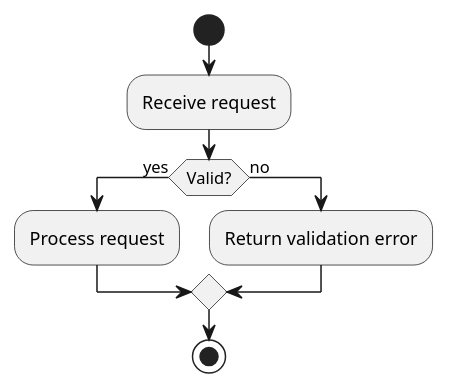
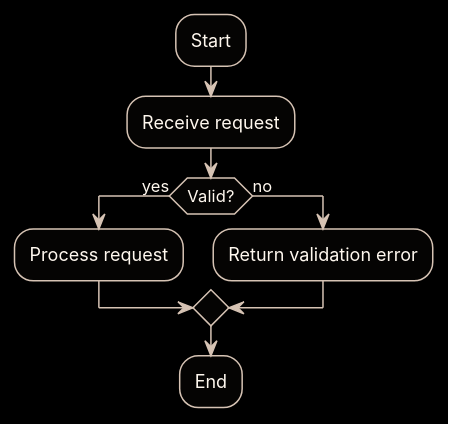
One commit to Omegapy/plantuml-ai-skill changed the third of 8 diagrams in .agents/skills/plantuml-diagram/references/examples.md. Above: the diagram before and after it, drawn with PlantUML. The commit also changed other lines of this file and 25 other files, not shown here.

Commit message:
Harden AEther PlantUML render palette

````diff
--- a/.agents/skills/plantuml-diagram/references/examples.md
+++ b/.agents/skills/plantuml-diagram/references/examples.md
@@ -34,12 +70,29 @@
 ```plantuml
 @startuml
-start
+skinparam backgroundColor #000000
+skinparam shadowing false
+skinparam defaultFontName Inter
+skinparam defaultFontColor #fff8ef
+skinparam ArrowColor #d6c3b4
+skinparam ArrowFontColor #fff8ef
+skinparam ArrowHeadColor #d6c3b4
+skinparam ArrowThickness 2
+skinparam DefaultTextAlignment center
+skinparam ActivityBackgroundColor #050403
+skinparam ActivityBorderColor #d6c3b4
+skinparam ActivityFontColor #fff8ef
+skinparam ActivityDiamondFontColor #fff8ef
+skinparam ActivityBorderThickness 1
+skinparam NoteBackgroundColor #080401
+skinparam NoteBorderColor #f4d6a1
+skinparam NoteFontColor #fff8ef
+:Start;
 :Receive request;
 if (Valid?) then (yes)
   :Process request;
 else (no)
   :Return validation error;
 endif
-stop
+:End;
 @enduml
 ```
````
